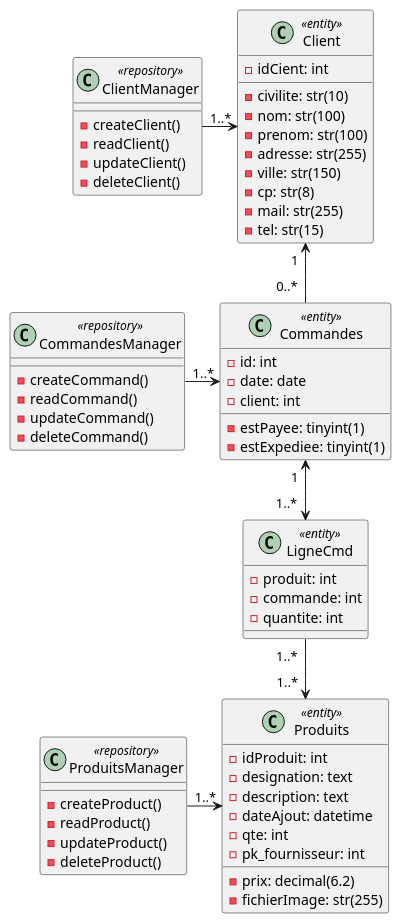
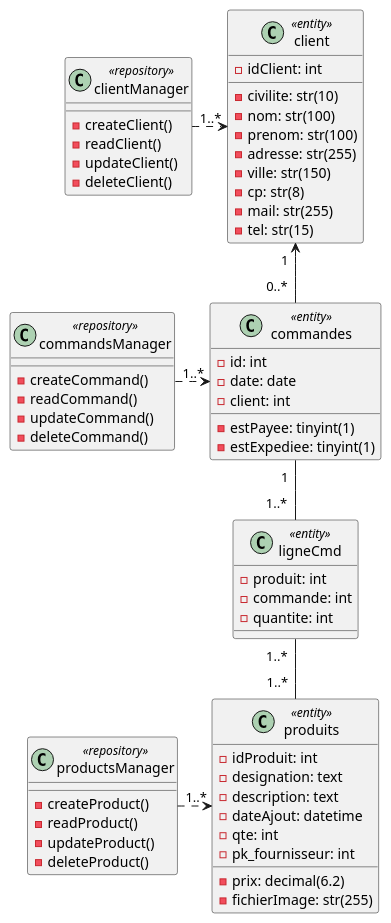
Before and after one commit to NathanDMT/CS-Project: the diagram in Diagram.puml, drawn with PlantUML. The commit also changed 326 other files, not shown here.

```diff
--- a/Diagram.puml
+++ b/Diagram.puml
@@ -1,68 +1,68 @@
 @startuml
-class Client <<entity>> {
-    - idCient: int
+class client <<entity>> {
+    - idClient: int
     - civilite: str(10)
     - nom: str(100)
     - prenom: str(100)
     - adresse: str(255)
     - ville: str(150)
     - cp: str(8)
     - mail: str(255)
     - tel: str(15)
 }
 
-class ClientManager <<repository>> {
+class clientManager <<repository>> {
     - createClient()
     - readClient()
     - updateClient()
     - deleteClient()
 }
 
-class Commandes <<entity>> {
+class commandes <<entity>> {
     - id: int
     - date: date
     - estPayee: tinyint(1)
     - estExpediee: tinyint(1)
     - client: int
 }
 
-class CommandesManager <<repository>> {
+class commandsManager <<repository>> {
     - createCommand()
     - readCommand()
     - updateCommand()
     - deleteCommand()
 }
 
-class LigneCmd <<entity>> {
+class ligneCmd <<entity>> {
     - produit: int
     - commande: int
     - quantite: int
 }
 
-class Produits <<entity>> {
+class produits <<entity>> {
     - idProduit: int
     - designation: text
     - description: text
     - dateAjout: datetime
     - qte: int
     - prix: decimal(6.2)
     - fichierImage: str(255)
     - pk_fournisseur: int
 }
 
-class ProduitsManager <<repository>> {
+class productsManager <<repository>> {
     - createProduct()
     - readProduct()
     - updateProduct()
     - deleteProduct()
 }
 
-Client "1  " <-- "0..*  " Commandes
-Commandes "1  " <--> "1..*  " LigneCmd
-LigneCmd "1..*  " --> "1..*  " Produits
+client "1  " <-- "0..*  " commandes
+commandes "1  " -- "1..*  " ligneCmd
+ligneCmd "1..*  " -- "1..*  " produits
 
-ClientManager "1..*" -> Client
-CommandesManager "1..*" -> Commandes
-ProduitsManager "1..*" -> Produits
+clientManager "1..*" .> client
+commandsManager "1..*" .> commandes
+productsManager "1..*" .> produits
 
 @enduml
```
